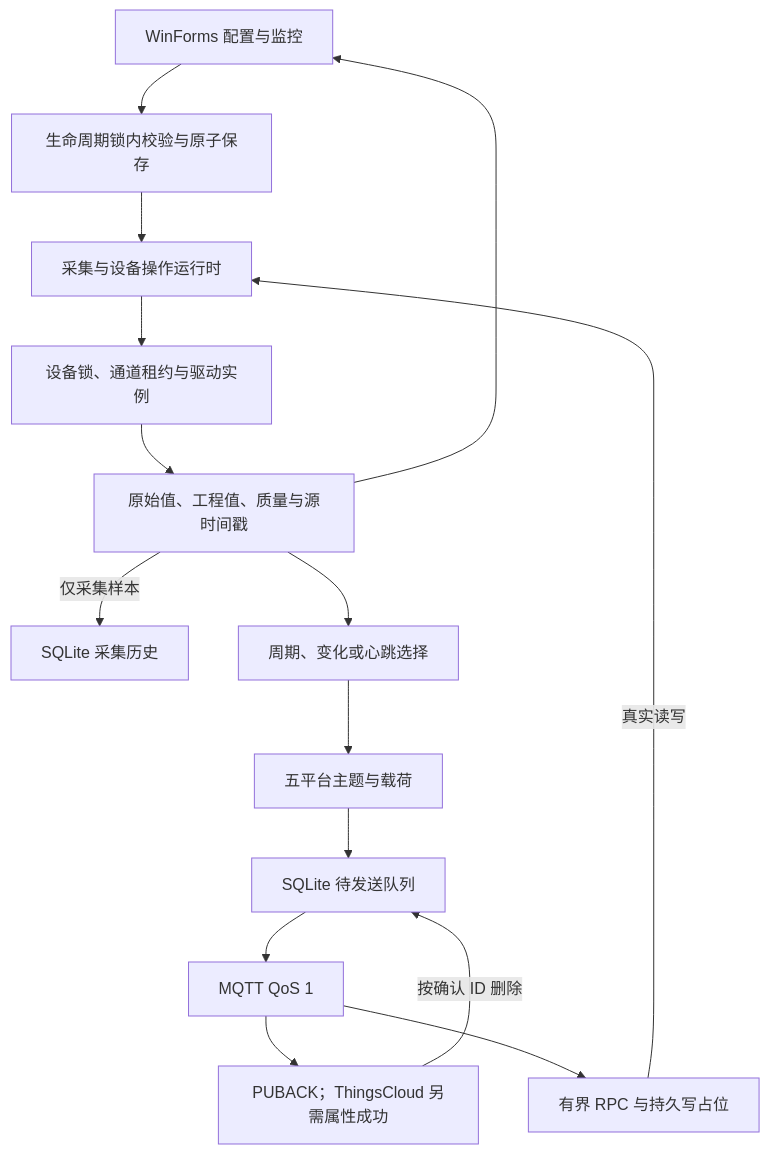
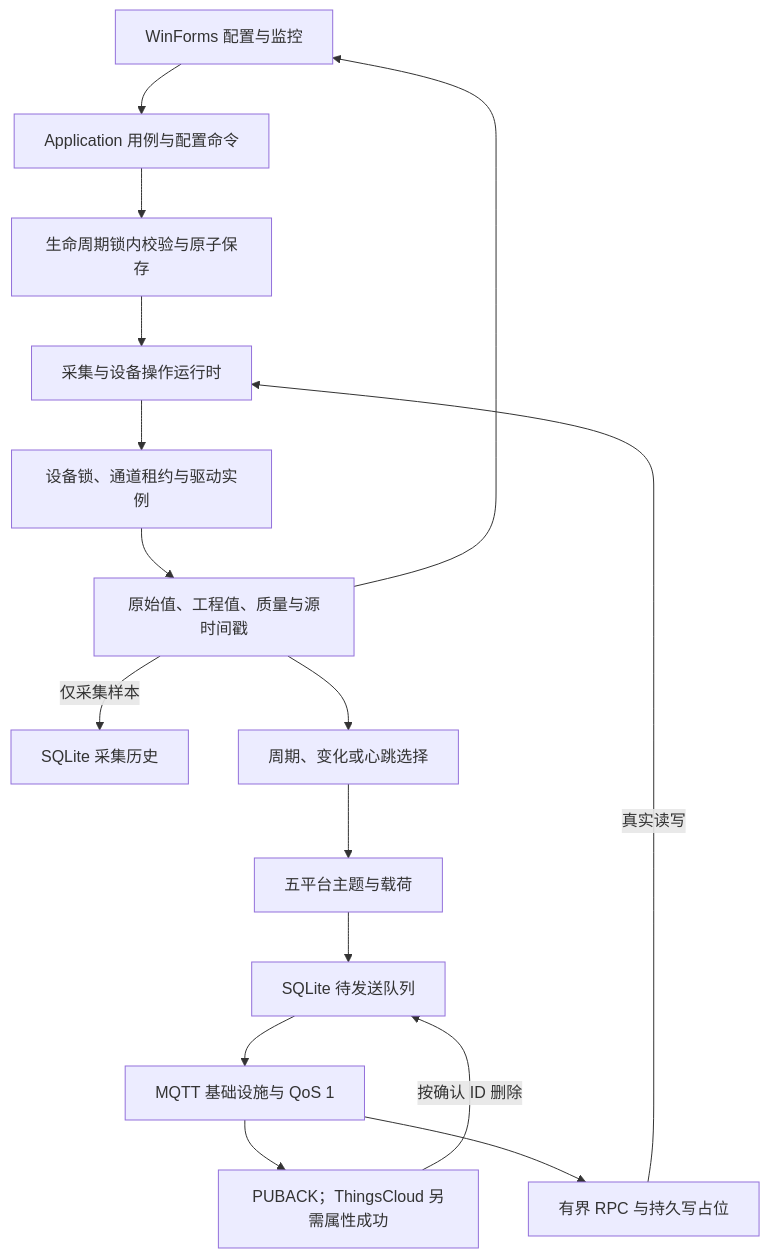
Before and after one commit to kingtentx/edge-gateway: the diagram in .agents/skills/develop-edge-gateway/references/architecture.md, drawn with Mermaid. The commit also changed other lines of this file and 64 other files, not shown here.

First line of the commit message:
refactor: layer gateway application and improve WinForms operation experience

````diff
--- a/.agents/skills/develop-edge-gateway/references/architecture.md
+++ b/.agents/skills/develop-edge-gateway/references/architecture.md
@@ -20,17 +46,18 @@
 ```mermaid
 flowchart TD
-    UI["WinForms 配置与监控"] --> Config["生命周期锁内校验与原子保存"]
+    UI["WinForms 配置与监控"] --> App["Application 用例与配置命令"]
+    App --> Config["生命周期锁内校验与原子保存"]
     Config --> Runtime["采集与设备操作运行时"]
     Runtime --> Drivers["设备锁、通道租约与驱动实例"]
     Drivers --> Samples["原始值、工程值、质量与源时间戳"]
     Samples --> UI
     Samples -->|"仅采集样本"| History["SQLite 采集历史"]
     Samples --> Report["周期、变化或心跳选择"]
     Report --> Adapter["五平台主题与载荷"]
     Adapter --> Outbox["SQLite 待发送队列"]
-    Outbox --> MQTT["MQTT QoS 1"]
+    Outbox --> MQTT["MQTT 基础设施与 QoS 1"]
     MQTT --> Ack["PUBACK；ThingsCloud 另需属性成功"]
     Ack -->|"按确认 ID 删除"| Outbox
     MQTT --> RPC["有界 RPC 与持久写占位"]
     RPC -->|"真实读写"| Runtime
 ```
````
